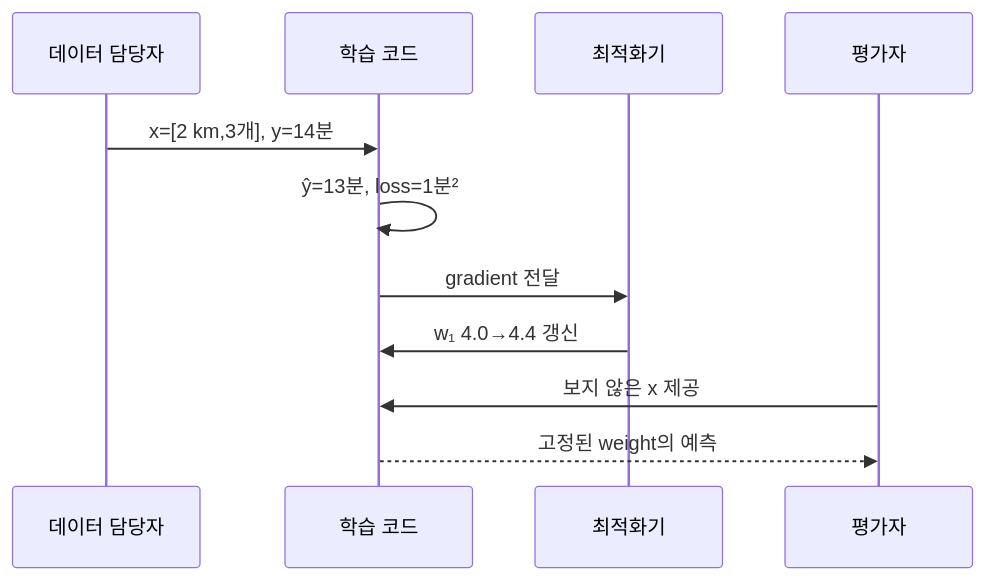
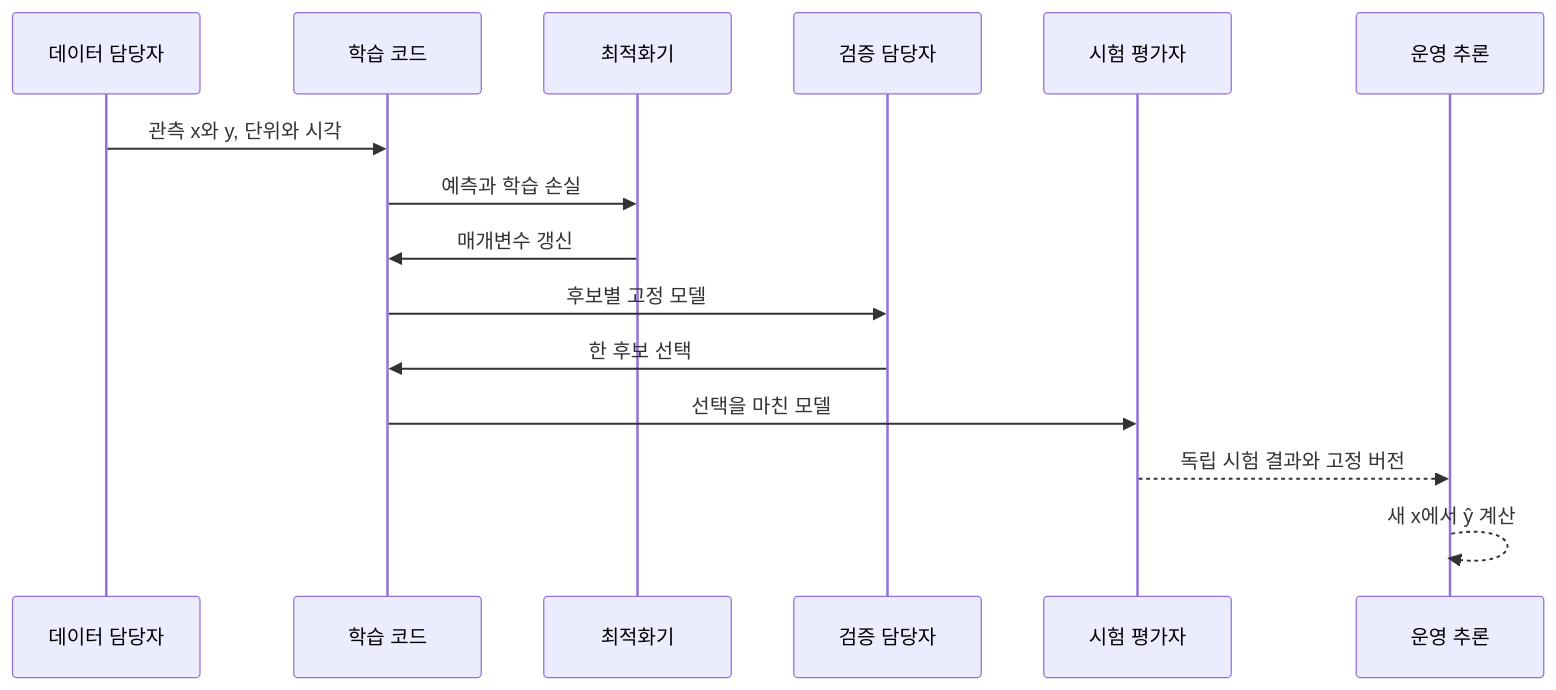
One commit to mj006648/netai-devsecops-runbook changed the diagram in learning/machine-learning/00-learning-and-research-map.md. Above: the diagram before and after it, drawn with Mermaid. The commit also changed other lines of this file and 62 other files, not shown here.

````diff
--- a/learning/machine-learning/00-learning-and-research-map.md
+++ b/learning/machine-learning/00-learning-and-research-map.md
@@ -23,13 +217,17 @@
-```mermaid
+~~~mermaid
 sequenceDiagram
     participant D as 데이터 담당자
     participant T as 학습 코드
     participant O as 최적화기
-    participant E as 평가자
-    D->>T: x=[2 km,3개], y=14분
-    T->>T: ŷ=13분, loss=1분²
-    T->>O: gradient 전달
-    O->>T: w₁ 4.0→4.4 갱신
-    E->>T: 보지 않은 x 제공
-    T-->>E: 고정된 weight의 예측
-```
+    participant V as 검증 담당자
+    participant E as 시험 평가자
+    participant P as 운영 추론
+    D->>T: 관측 x와 y, 단위와 시각
+    T->>O: 예측과 학습 손실
+    O->>T: 매개변수 갱신
+    T->>V: 후보별 고정 모델
+    V->>T: 한 후보 선택
+    T->>E: 선택을 마친 모델
+    E-->>P: 독립 시험 결과와 고정 버전
+    P-->>P: 새 x에서 ŷ 계산
+~~~
````
